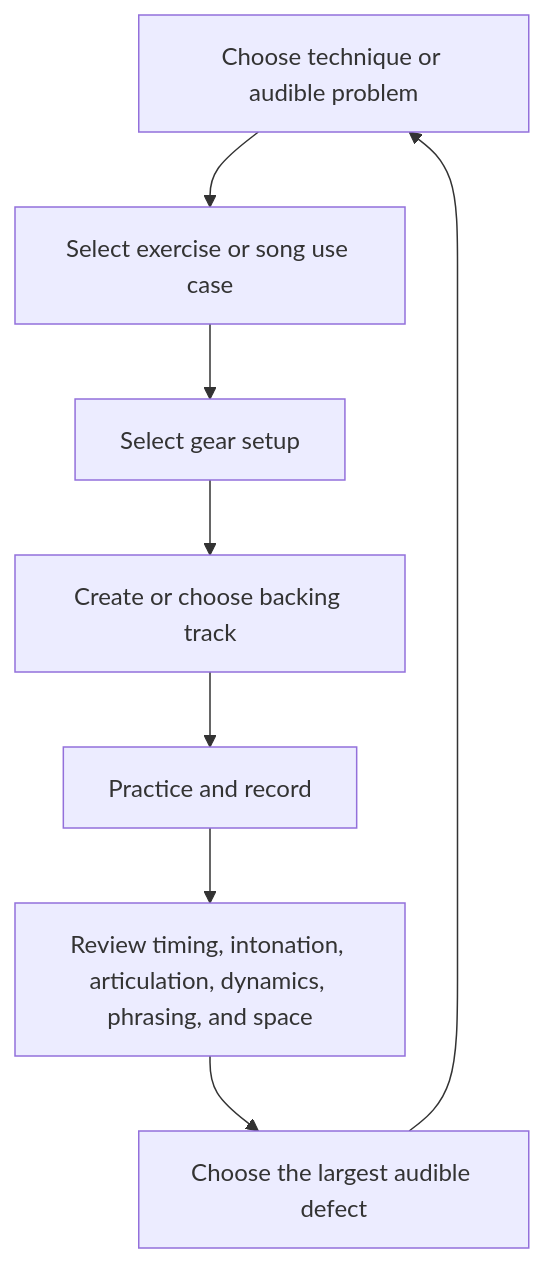
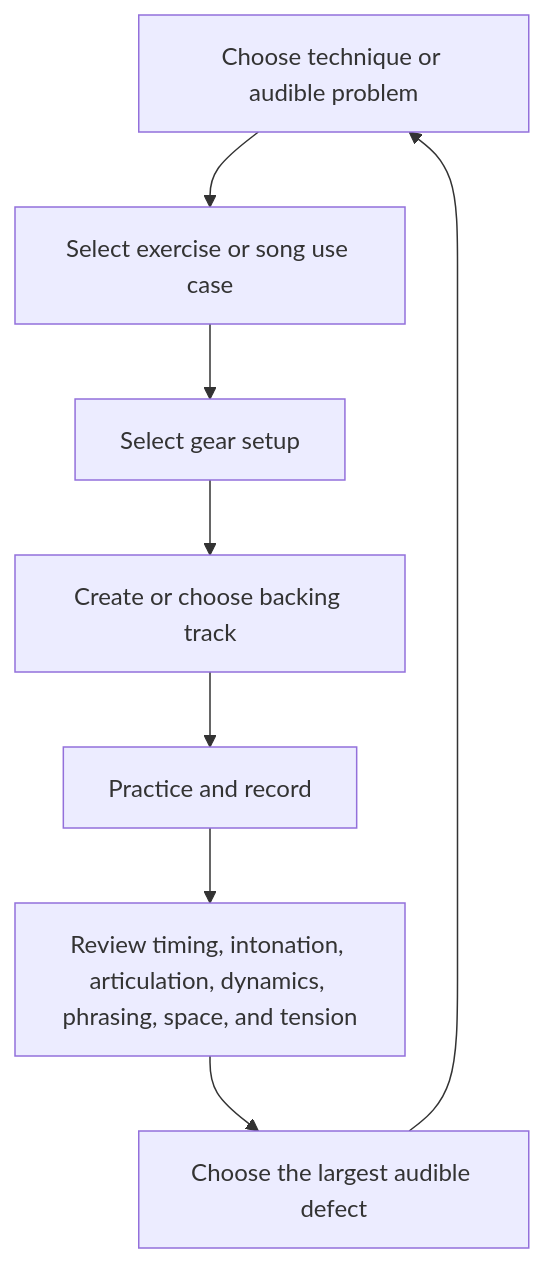
The third of 3 diagrams in README.md (ryjen/guitar-practice-system), drawn with Mermaid before and after one commit. The commit also changed other lines of this file, not shown here.

````diff
--- a/README.md
+++ b/README.md
@@ -74,10 +97,10 @@
 ```mermaid
 flowchart TD
     A[Choose technique or audible problem] --> B[Select exercise or song use case]
     B --> C[Select gear setup]
     C --> D[Create or choose backing track]
     D --> E[Practice and record]
-    E --> F[Review timing, intonation, articulation, dynamics, phrasing, and space]
+    E --> F[Review timing, intonation, articulation, dynamics, phrasing, space, and tension]
     F --> G[Choose the largest audible defect]
     G --> A
 ```
````
